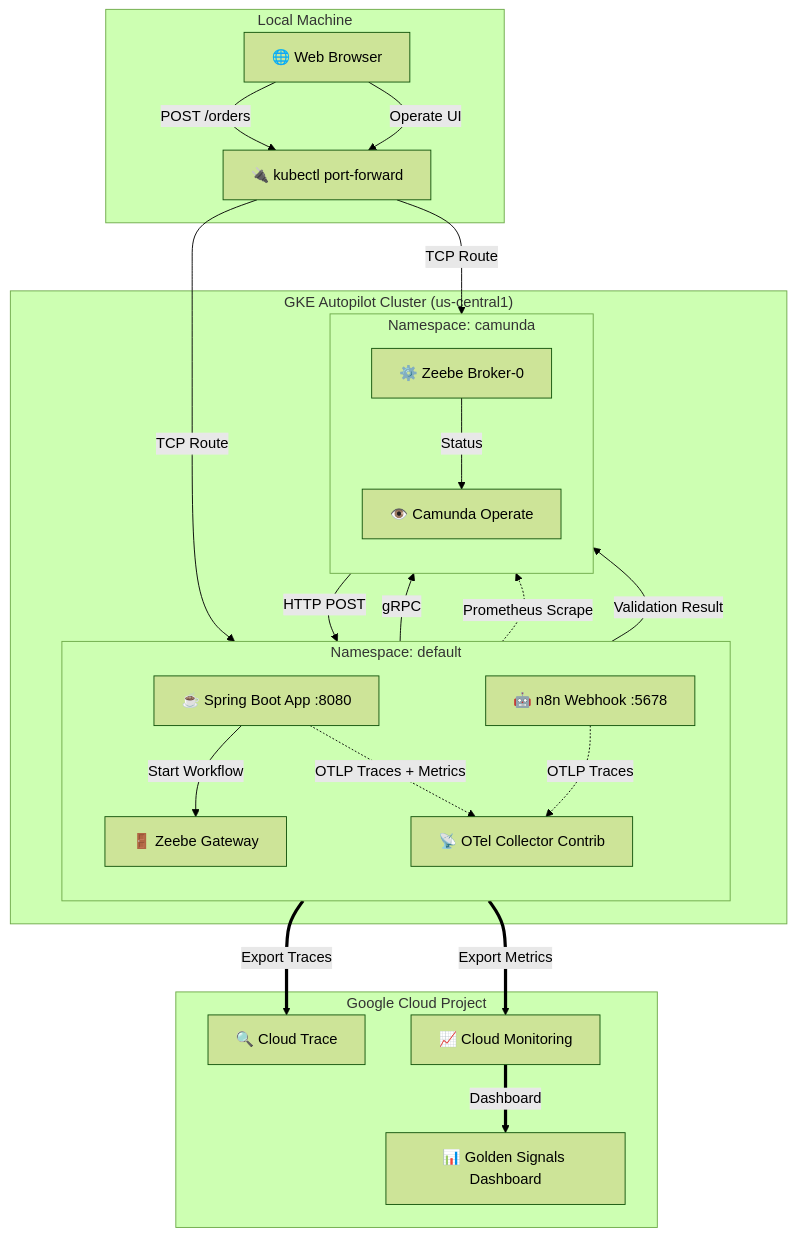
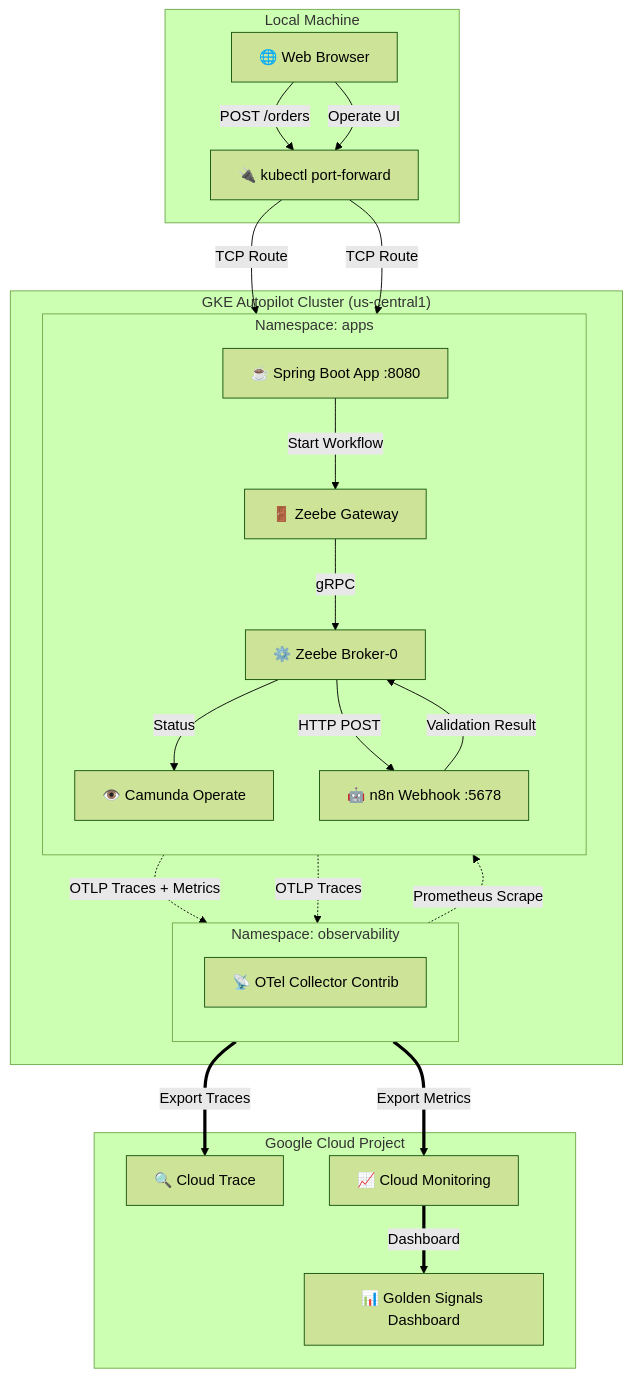
One commit to shawnshekari/hello-observability changed the diagram in README.md. Above: the diagram before and after it, drawn with Mermaid (forest theme). The commit also changed other lines of this file and 1 other file, not shown here.

Commit message:
Update README and PLAN.md with namespace changes

````diff
--- a/README.md
+++ b/README.md
@@ -13,57 +13,57 @@
 ```mermaid
 graph TB
     subgraph Local_Laptop ["Local Machine"]
         Browser["🌐 Web Browser"]
         PortForward["🔌 kubectl port-forward"]
     end
 
     subgraph GKE_Autopilot ["GKE Autopilot Cluster (us-central1)"]
 
-        subgraph NS_Default ["Namespace: default"]
+        subgraph NS_OBSERVABILITY ["Namespace: observability"]
+            direction TB
+            OTel["📡 OTel Collector Contrib"]
+        end
+
+        subgraph NS_APPS ["Namespace: apps"]
             direction TB
             Spring["☕ Spring Boot App :8080"]
             n8n["🤖 n8n Webhook :5678"]
-            OTel["📡 OTel Collector Contrib"]
+            ZeebeGW["🚪 Zeebe Gateway"]
+            ZeebeBroker["⚙️ Zeebe Broker-0"]
+            Operate["👁️ Camunda Operate"]
 
             %% Workflow Flow
             Spring -->|"Start Workflow"| ZeebeGW
             Spring -.->|"OTLP Traces + Metrics"| OTel
             n8n -.->|"OTLP Traces"| OTel
-        end
-
-        subgraph NS_Camunda ["Namespace: camunda"]
-            direction TB
-            ZeebeGW["🚪 Zeebe Gateway"]
-            ZeebeBroker["⚙️ Zeebe Broker-0"]
-            Operate["👁️ Camunda Operate"]
 
             %% Internal Zeebe Flow
             ZeebeGW -->|"gRPC"| ZeebeBroker
             ZeebeBroker -->|"Status"| Operate
         end
 
         %% Telemetry Scrape
         OTel -.->|"Prometheus Scrape"| ZeebeBroker
     end
 
     subgraph GCP ["Google Cloud Project"]
         CloudTrace["🔍 Cloud Trace"]
         CloudMon["📈 Cloud Monitoring"]
         Dashboard["📊 Golden Signals Dashboard"]
     end
 
     %% Workflow Flow
     ZeebeBroker -->|"HTTP POST"| n8n
     n8n -->|"Validation Result"| ZeebeBroker
 
     %% User Interaction
     Browser -->|"POST /orders"| PortForward
     PortForward -->|"TCP Route"| Spring
     Browser -->|"Operate UI"| PortForward
     PortForward -->|"TCP Route"| Operate
 
     %% Outbound Telemetry
     OTel ==>|"Export Traces"| CloudTrace
     OTel ==>|"Export Metrics"| CloudMon
     CloudMon ==>|"Dashboard"| Dashboard
 ```
````
